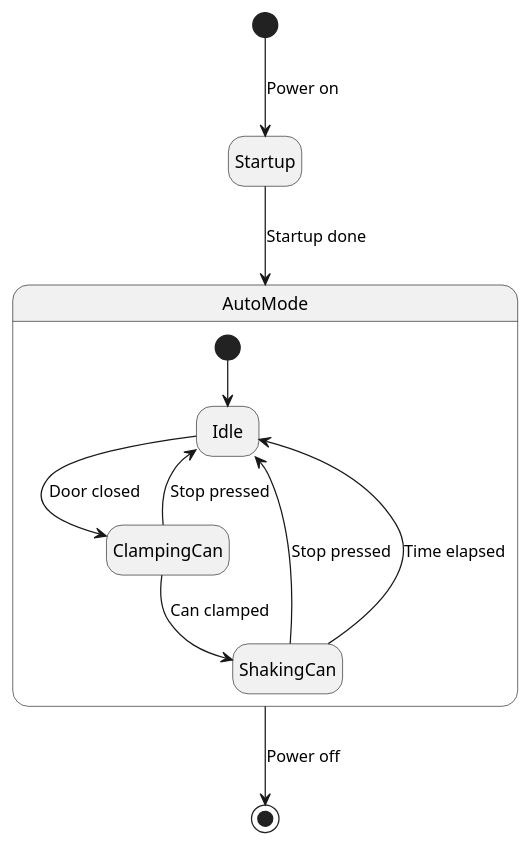
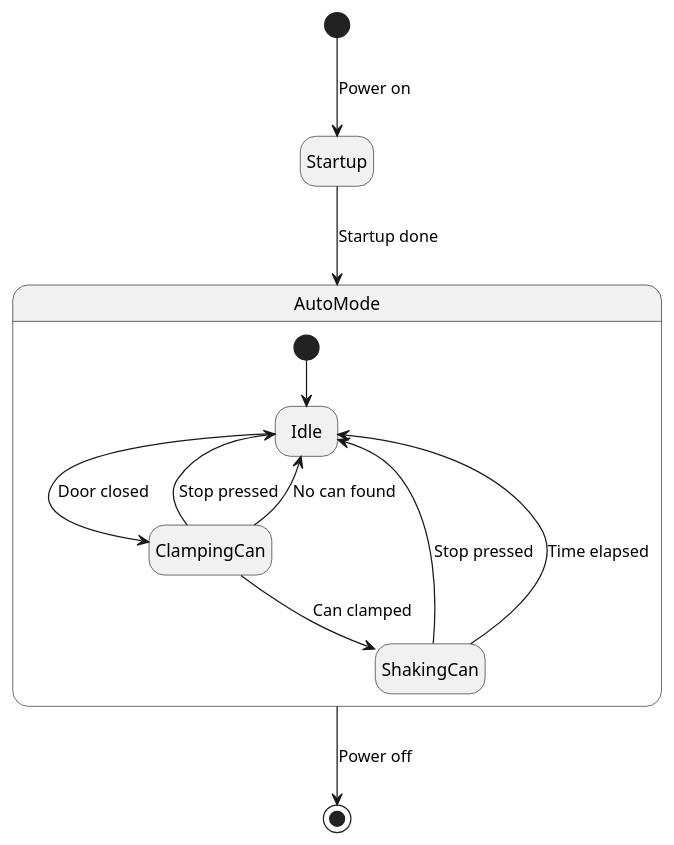
Before and after one commit to RickValkSaxion/Virtual_PLC_project: the diagram in MDBook/src/schud_machine_state_diagram.md, drawn with PlantUML.

Commit message:
Added check for no can

````diff
--- a/MDBook/src/schud_machine_state_diagram.md
+++ b/MDBook/src/schud_machine_state_diagram.md
@@ -5,37 +5,38 @@
 ```plantuml
 @startuml
 hide empty description
 'state stopJoin <<join>>
 'state timeJoin <<join>>
 
 [*] --> Startup : Power on
 Startup --> AutoMode : Startup done
 
 state AutoMode {
   [*] --> Idle
   Idle --> ClampingCan : Door closed
   ClampingCan --> ShakingCan : Can clamped
   ClampingCan --> Idle : Stop pressed
+  ClampingCan --> Idle : No can found
   ShakingCan --> Idle : Stop pressed
   ShakingCan --> Idle : Time elapsed
 }
 
 AutoMode --> [*] : Power off
 
 'FindingCan --> Shaking1min30 : Medium can found
 'Shaking1min30 --> timeJoin : 1 min 30 passed
 'Shaking1min30 --> stopJoin : Stop pressed
 
 'FindingCan --> Shaking2min : Big can found
 'Shaking2min --> timeJoin : 2 min passed
 'Shaking2min --> stopJoin : Stop pressed
 
 'stopJoin --> AutoMode
 'timeJoin --> AutoMode
 
 
 'AutoMode -> TimeMode : Mode Button
 'TimeMode -> AutoMode : Mode Button
 @enduml
 
 ```
````
